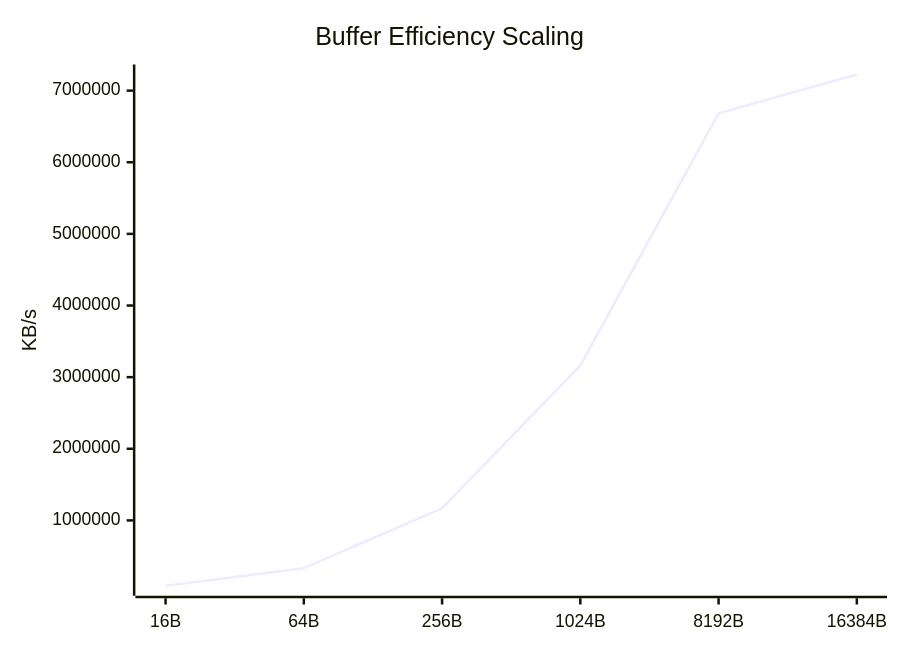
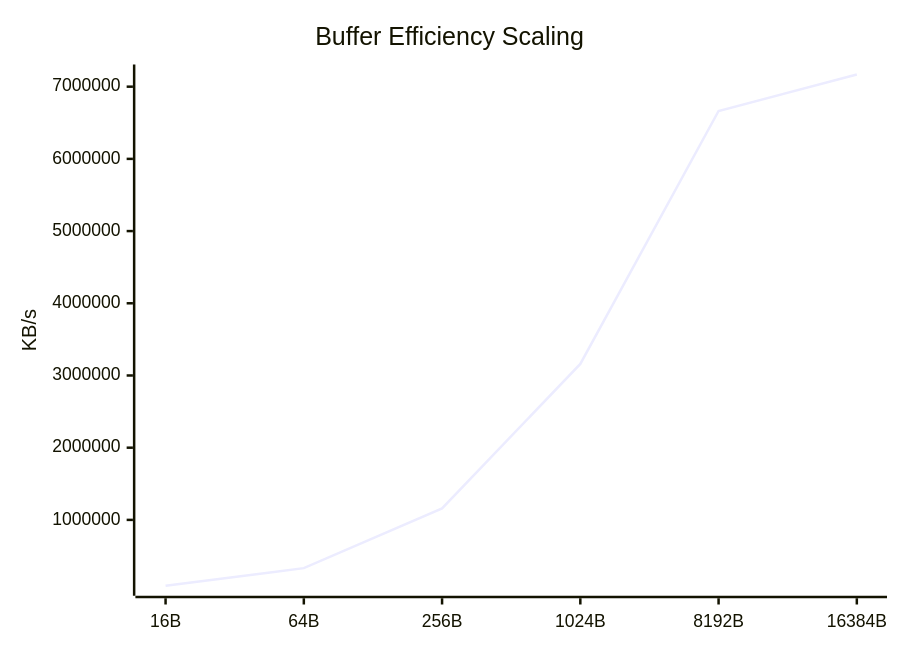
The sixth of 9 diagrams in docs/Comparison_Report.md (taha2samy/openssl_fips), drawn with Mermaid before and after one commit. The commit also changed other lines of this file and 3 other files, not shown here.

````diff
--- a/docs/Comparison_Report.md
+++ b/docs/Comparison_Report.md
@@ -102,7 +102,7 @@
 ```mermaid
 xychart-beta
     title "Buffer Efficiency Scaling"
     x-axis [16B, 64B, 256B, 1024B, 8192B, 16384B]
     y-axis "KB/s"
-    line [87810.33, 333910.59, 1169013.12, 3164264.45, 6683385.86, 7225171.97]
+    line [87855.2, 332049.31, 1159198.98, 3160440.32, 6662991.87, 7168573.44]
 ```
````
